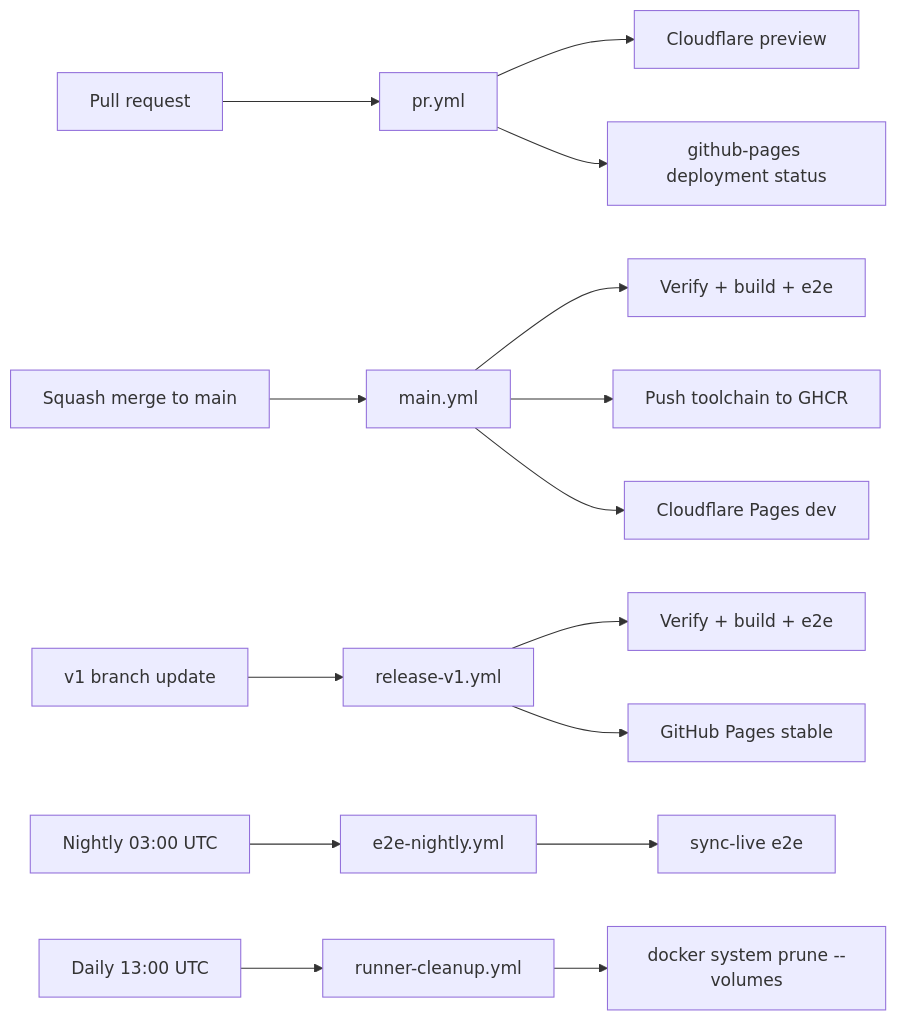
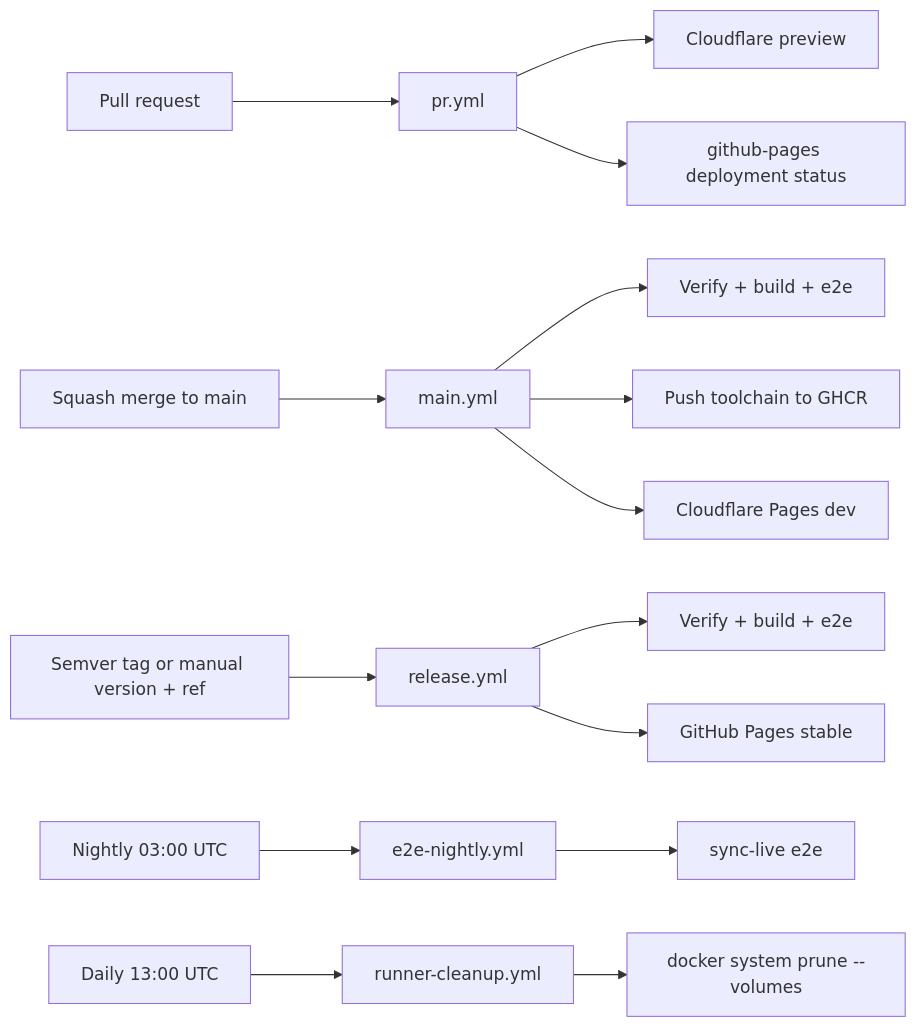
One commit to meta-secret/nook changed the diagram in .cortex/workflows/ci-pipeline.md. Above: the diagram before and after it, drawn with Mermaid. The commit also changed other lines of this file and 6 other files, not shown here.

````diff
--- a/.cortex/workflows/ci-pipeline.md
+++ b/.cortex/workflows/ci-pipeline.md
@@ -17,21 +17,21 @@
 ```mermaid
 flowchart LR
   PR[Pull request] --> pr_yml[pr.yml]
   pr_yml --> preview[Cloudflare preview]
   pr_yml --> pr_deployment[github-pages deployment status]
 
   merge[Squash merge to main] --> main_yml[main.yml]
   main_yml --> main_verify[Verify + build + e2e]
   main_yml --> toolchain_push[Push toolchain to GHCR]
   main_yml --> cf_dev[Cloudflare Pages dev]
 
-  release[v1 branch update] --> release_yml[release-v1.yml]
+  release[Semver tag or manual version + ref] --> release_yml[release.yml]
   release_yml --> release_verify[Verify + build + e2e]
   release_yml --> pages[GitHub Pages stable]
 
   cron[Nightly 03:00 UTC] --> nightly[e2e-nightly.yml]
   nightly --> e2e_live[sync-live e2e]
 
   cleanup_cron[Daily 13:00 UTC] --> cleanup[runner-cleanup.yml]
   cleanup --> docker_prune["docker system prune --volumes"]
 ```
````
